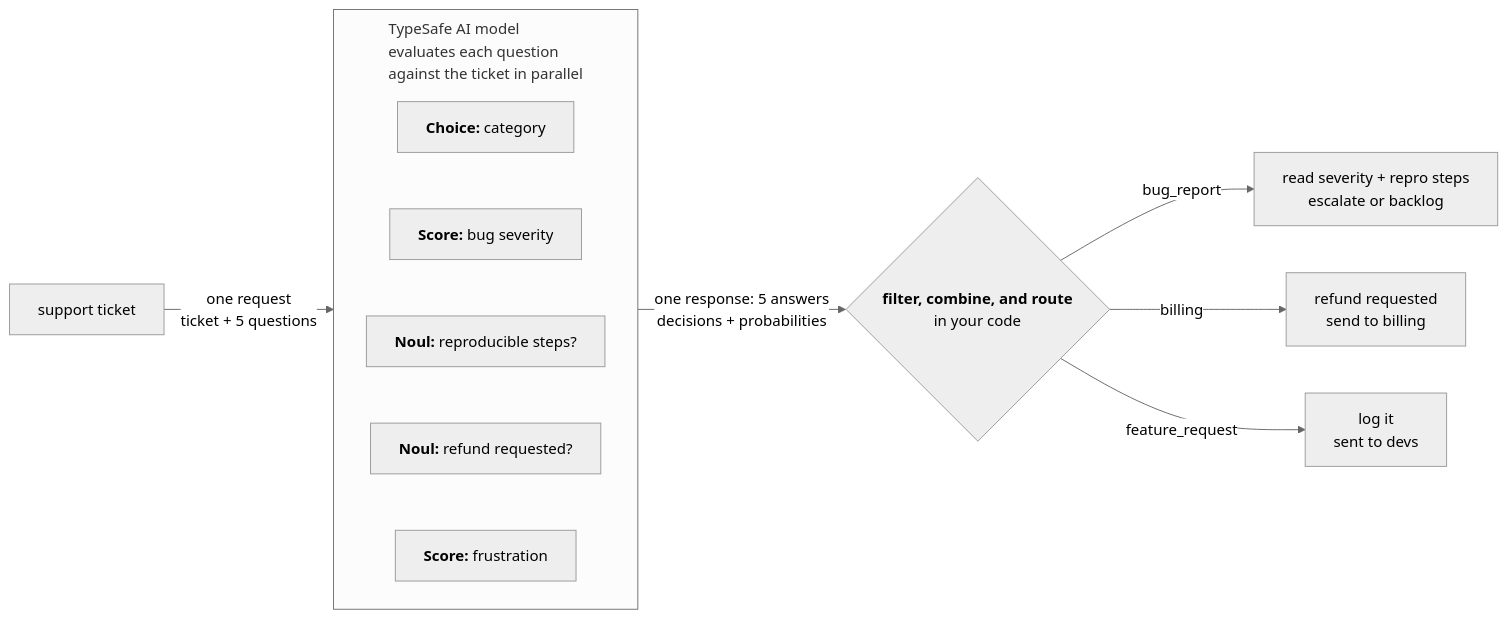
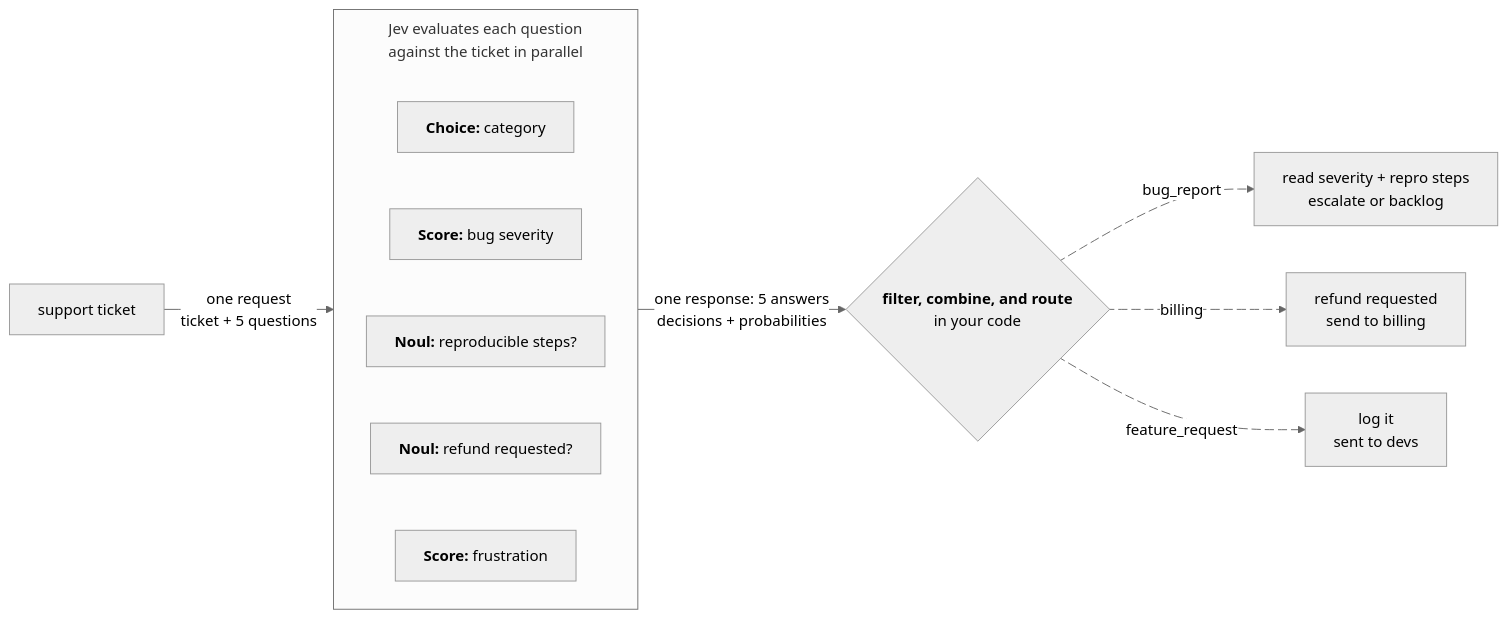
The diagram in docs/patterns/fan-out.md (IamKrill1n/typesafe-docs), drawn with Mermaid (neutral theme) before and after one commit. The commit also changed other lines of this file and 84 other files, not shown here.

Commit message:
docs: sync TypeSafe documentation (2026-11-04)

````diff
--- a/docs/patterns/fan-out.md
+++ b/docs/patterns/fan-out.md
@@ -13,26 +13,30 @@
 ```mermaid actions={true}
 %%{init: {"fontFamily": "Inter, sans-serif", "flowchart": {"rankSpacing": 35, "wrappingWidth": 300, "subGraphTitleMargin": {"top": 8, "bottom": 60}}}}%%
 flowchart LR
     t["support ticket"]
 
-    subgraph req["TypeSafe AI model<br/>evaluates each question<br/>against the ticket in parallel"]
+    subgraph req["Jev evaluates each question<br/>against the ticket in parallel"]
         direction TB
         c["<b>Choice:</b> category"]
         b["<b>Score:</b> bug severity"]
         r["<b>Noul:</b> reproducible steps?"]
         f["<b>Noul:</b> refund requested?"]
         s["<b>Score:</b> frustration"]
         %% invisible links: without an edge these share a rank and sit side by side
         c ~~~ b ~~~ r ~~~ f ~~~ s
     end
 
     t -- "one request<br/>ticket + 5 questions" --> req
     req -- "one response: 5 answers<br/>decisions + probabilities" --> route{"<b>filter, combine, and route</b><br/>in your code"}
     route blue_bug@-- "bug_report" --> eng["read severity + repro steps<br/>escalate or backlog"]
     route orange_bill@-- "billing" --> bill["refund requested<br/>send to billing"]
     route purple_feat@-- "feature_request" --> feat["log it<br/>sent to devs"]
     %% Branch colours (styles.css): node classes and green_/blue_/purple_/orange_ edge ids.
     class eng neonBlue
     class bill neonOrange
     class feat neonPurple
+    %% Branch edges flow (styles.css pauses this under prefers-reduced-motion).
+    blue_bug@{ animate: true }
+    orange_bill@{ animate: true }
+    purple_feat@{ animate: true }
 ```
````
